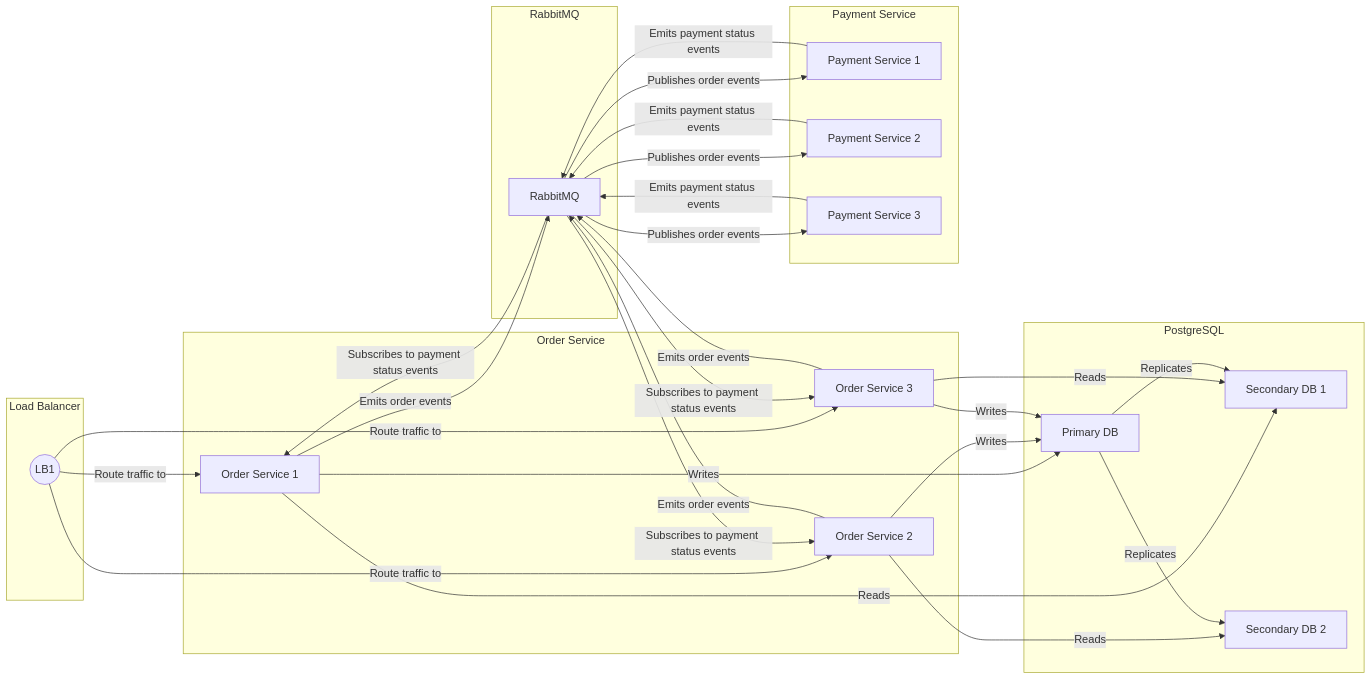
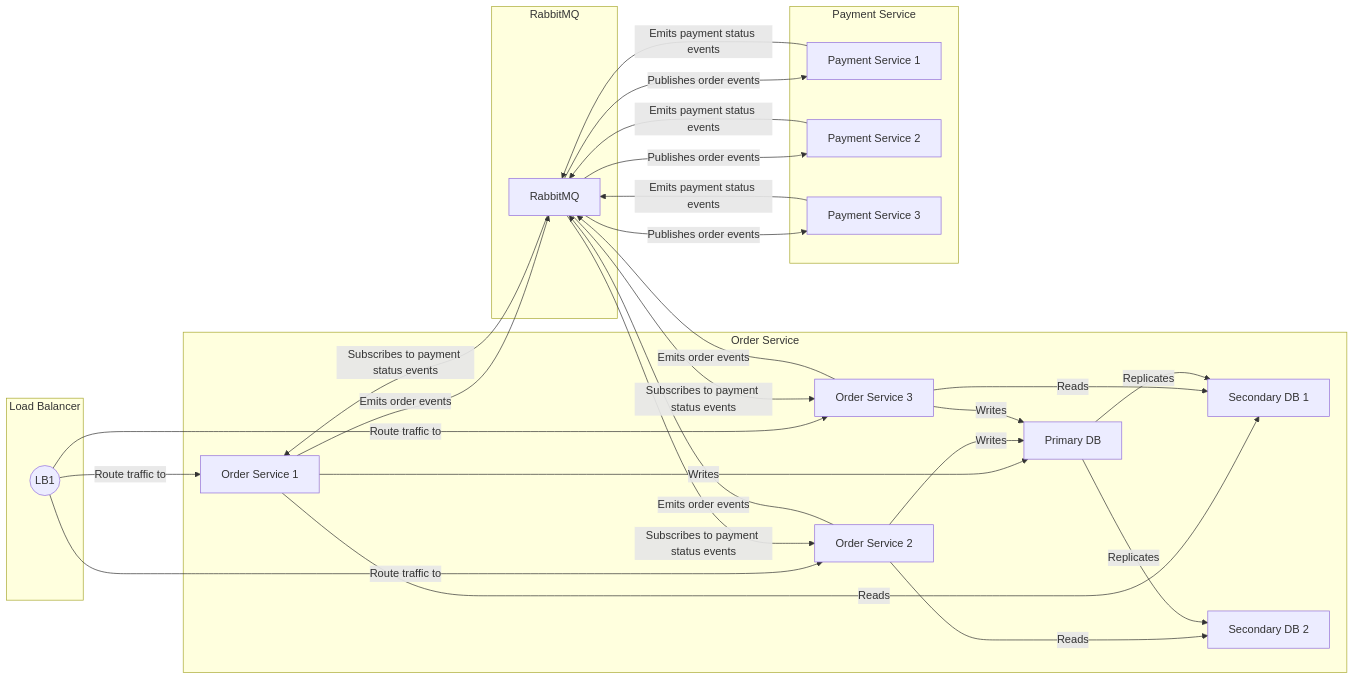
The diagram in SETUP.md (sobystanly/amqp), drawn with Mermaid before and after one commit.

Commit message:
fixed diagram

````diff
--- a/SETUP.md
+++ b/SETUP.md
@@ -68,47 +68,45 @@
 ```mermaid
 graph LR;
     subgraph "Order Service"
         order1[Order Service 1]
         order2[Order Service 2]
         order3[Order Service 3]
+        primary[Primary DB]
+        secondary1[Secondary DB 1]
+        secondary2[Secondary DB 2]
     end
     subgraph "RabbitMQ"
         rabbitMQ[RabbitMQ]
     end
     subgraph "Payment Service"
         payment1[Payment Service 1]
         payment2[Payment Service 2]
         payment3[Payment Service 3]
     end
     subgraph "Load Balancer"
         lb1((LB1))
-    end
-    subgraph "PostgreSQL"
-        primary[Primary DB]
-        secondary1[Secondary DB 1]
-        secondary2[Secondary DB 2]
     end
     lb1 -->|Route traffic to| order1;
     lb1 -->|Route traffic to| order2;
     lb1 -->|Route traffic to| order3;
     order1 -->|Emits order events| rabbitMQ;
     order2 -->|Emits order events| rabbitMQ;
     order3 -->|Emits order events| rabbitMQ;
     rabbitMQ -->|Subscribes to payment status events| order1;
     rabbitMQ -->|Subscribes to payment status events| order2;
     rabbitMQ -->|Subscribes to payment status events| order3;
     rabbitMQ -->|Publishes order events| payment1;
     rabbitMQ -->|Publishes order events| payment2;
     rabbitMQ -->|Publishes order events| payment3;
     payment1 -->|Emits payment status events| rabbitMQ;
     payment2 -->|Emits payment status events| rabbitMQ;
     payment3 -->|Emits payment status events| rabbitMQ;
     order1 -->|Writes| primary;
     order2 -->|Writes| primary;
     order3 -->|Writes| primary;
     order1 -->|Reads| secondary1;
     order2 -->|Reads| secondary2;
     order3 -->|Reads| secondary1;
     primary -->|Replicates| secondary1;
     primary -->|Replicates| secondary2;
 ```
````
